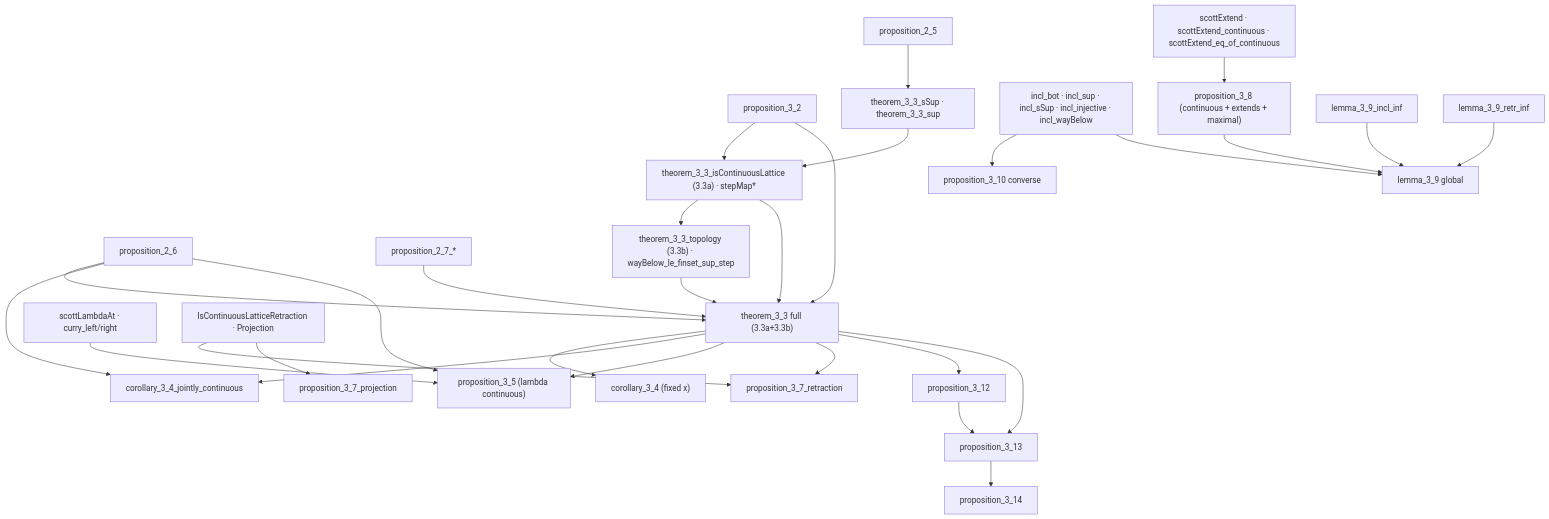
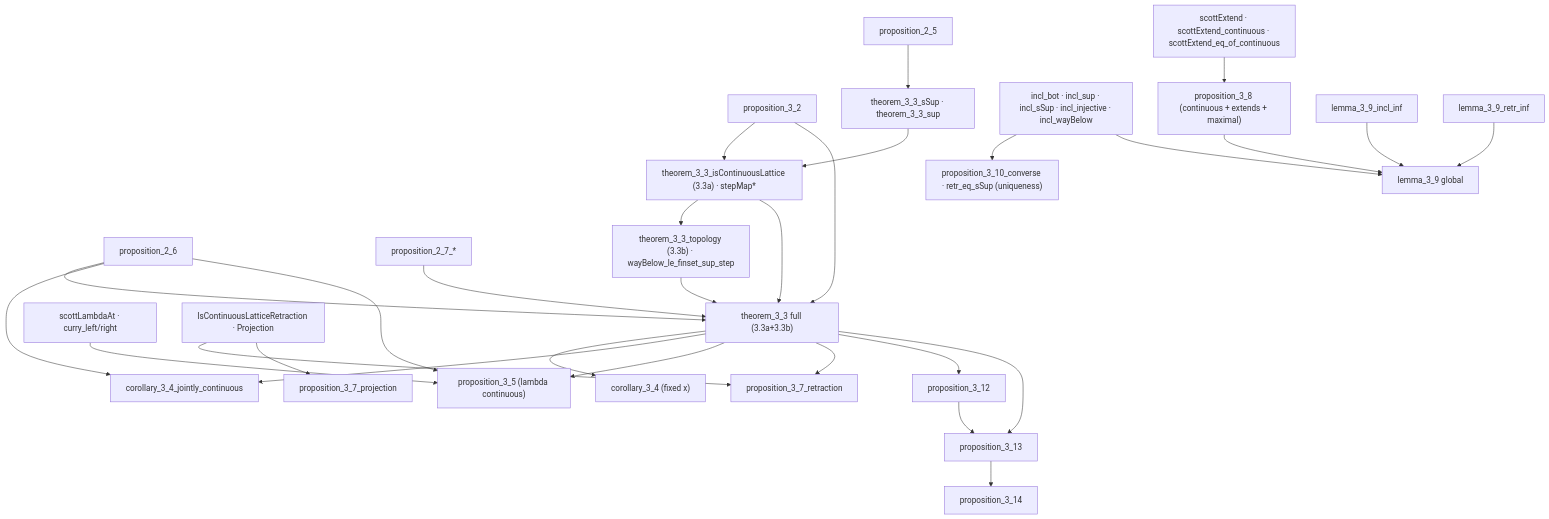
The fifth of 8 diagrams in arxiv.md (catskillsresearch/domain_theory), drawn with Mermaid before and after one commit. The commit also changed other lines of this file and 1 other file, not shown here.

First line of the commit message:
feat(FunctionSpaces): prove Proposition 3.10 converse + uniqueness — characterization of projection inclusions

````diff
--- a/arxiv.md
+++ b/arxiv.md
@@ -324,57 +324,57 @@
 ```mermaid
 flowchart TD
   P25["proposition_2_5"]
   P26["proposition_2_6"]
   P27["proposition_2_7_*"]
   P32["proposition_3_2"]
   T33c["theorem_3_3_sSup · theorem_3_3_sup"]
   T33a["theorem_3_3_isContinuousLattice (3.3a) · stepMap*"]
   T33b["theorem_3_3_topology (3.3b) · wayBelow_le_finset_sup_step"]
   T33["theorem_3_3 full (3.3a+3.3b)"]
   C34x["corollary_3_4 (fixed x)"]
   C34j["corollary_3_4_jointly_continuous"]
   P35r["scottLambdaAt · curry_left/right"]
   P35["proposition_3_5 (lambda continuous)"]
   P37r["proposition_3_7_retraction"]
   P37p["proposition_3_7_projection"]
   D36["IsContinuousLatticeRetraction · Projection"]
   P310f["incl_bot · incl_sup · incl_sSup · incl_injective · incl_wayBelow"]
-  P310c["proposition_3_10 converse"]
+  P310c["proposition_3_10_converse · retr_eq_sSup (uniqueness)"]
   P38p["scottExtend · scottExtend_continuous · scottExtend_eq_of_continuous"]
   P38["proposition_3_8 (continuous + extends + maximal)"]
   L39i["lemma_3_9_incl_inf"]
   L39r["lemma_3_9_retr_inf"]
   L39["lemma_3_9 global"]
   P312["proposition_3_12"]
   P313["proposition_3_13"]
   P314["proposition_3_14"]
 
   P25 --> T33c
   T33c --> T33a
   P32 --> T33a
   T33a --> T33b
   T33a --> T33
   T33b --> T33
   P26 --> T33
   P27 --> T33
   T33 --> C34x
   P26 --> C34j
   T33 --> C34j
   T33 --> P35
   P26 --> P35
   P35r --> P35
   D36 --> P37r
   D36 --> P37p
   T33 --> P37r
   T33 --> P312
   P310f --> P310c
   P310f --> L39
   P38p --> P38
   P38 --> L39
   L39i --> L39
   L39r --> L39
   T33 --> P313
   P313 --> P314
   P312 --> P313
   P32 --> T33
 ```
````
